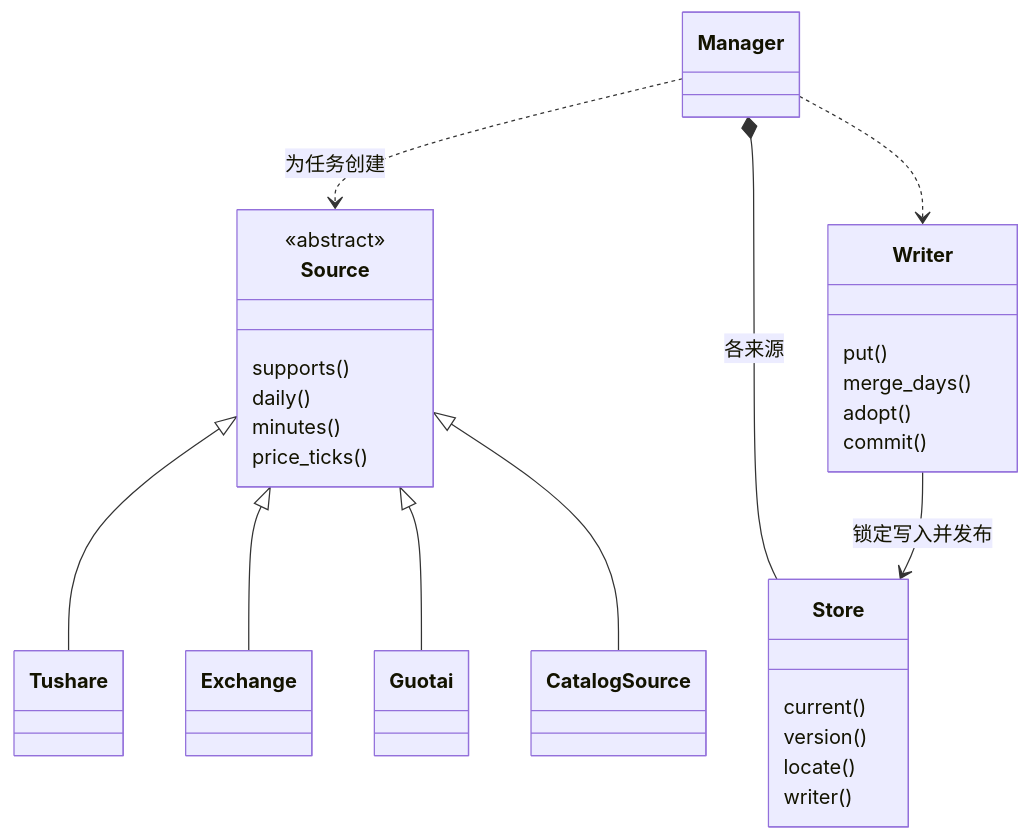
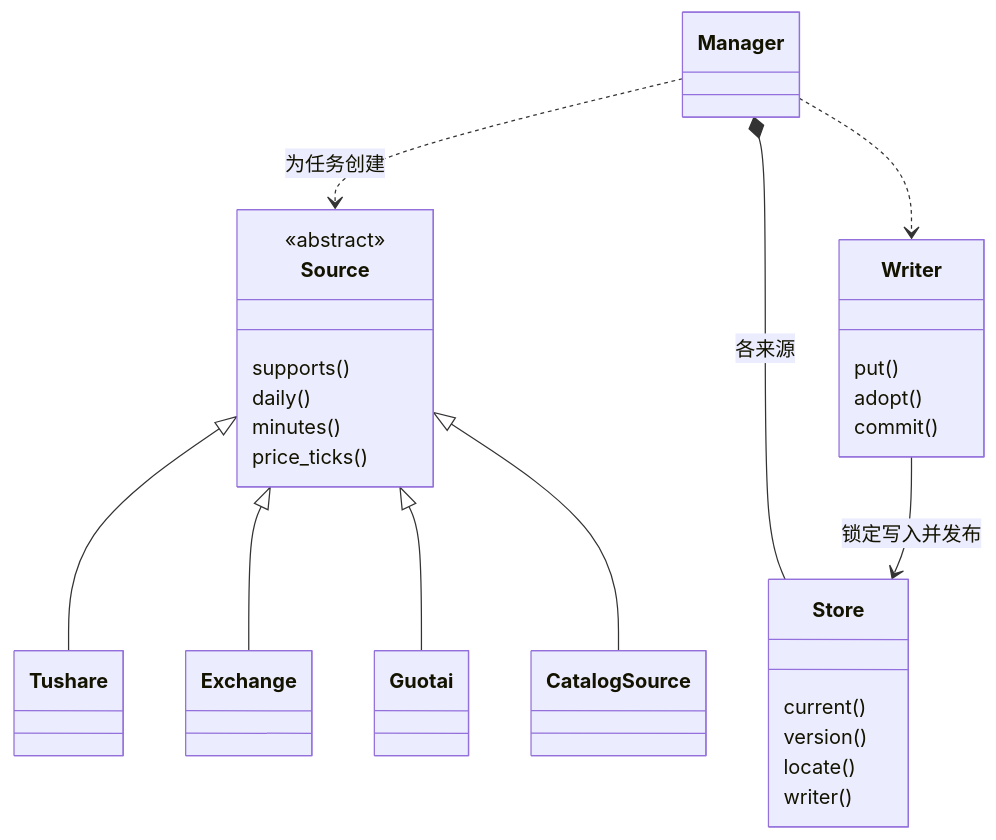
One commit to isqiwen/asterion-terminal changed the third of 5 diagrams in docs/market/architecture.md. Above: the diagram before and after it, drawn with Mermaid. The commit also changed other lines of this file and 36 other files, not shown here.

````diff
--- a/docs/market/architecture.md
+++ b/docs/market/architecture.md
@@ -89,35 +89,34 @@
 ```mermaid
 classDiagram
     class Manager
     class Source {
         <<abstract>>
         supports()
         daily()
         minutes()
         price_ticks()
     }
     class Tushare
     class Exchange
     class Guotai
     class CatalogSource
     class Store {
         current()
         version()
         locate()
         writer()
     }
     class Writer {
         put()
-        merge_days()
         adopt()
         commit()
     }
     Source <|-- Tushare
     Source <|-- Exchange
     Source <|-- Guotai
     Source <|-- CatalogSource
     Manager ..> Source : 为任务创建
     Manager *-- Store : 各来源
     Manager ..> Writer
     Writer --> Store : 锁定写入并发布
 ```
````
